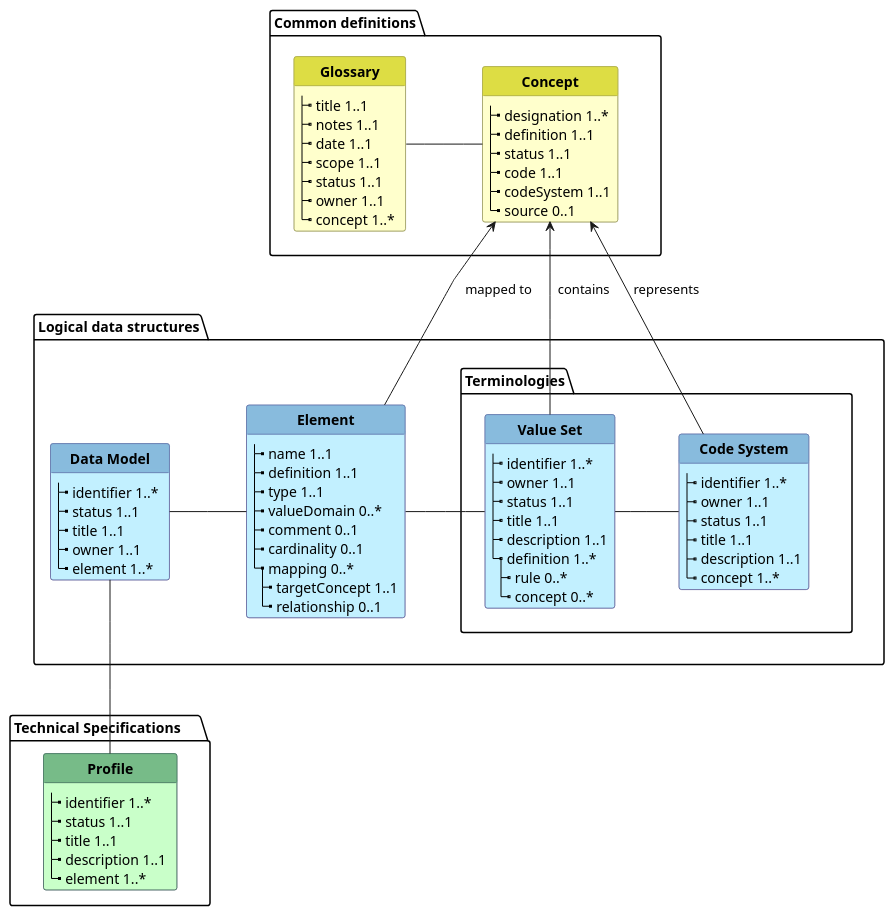
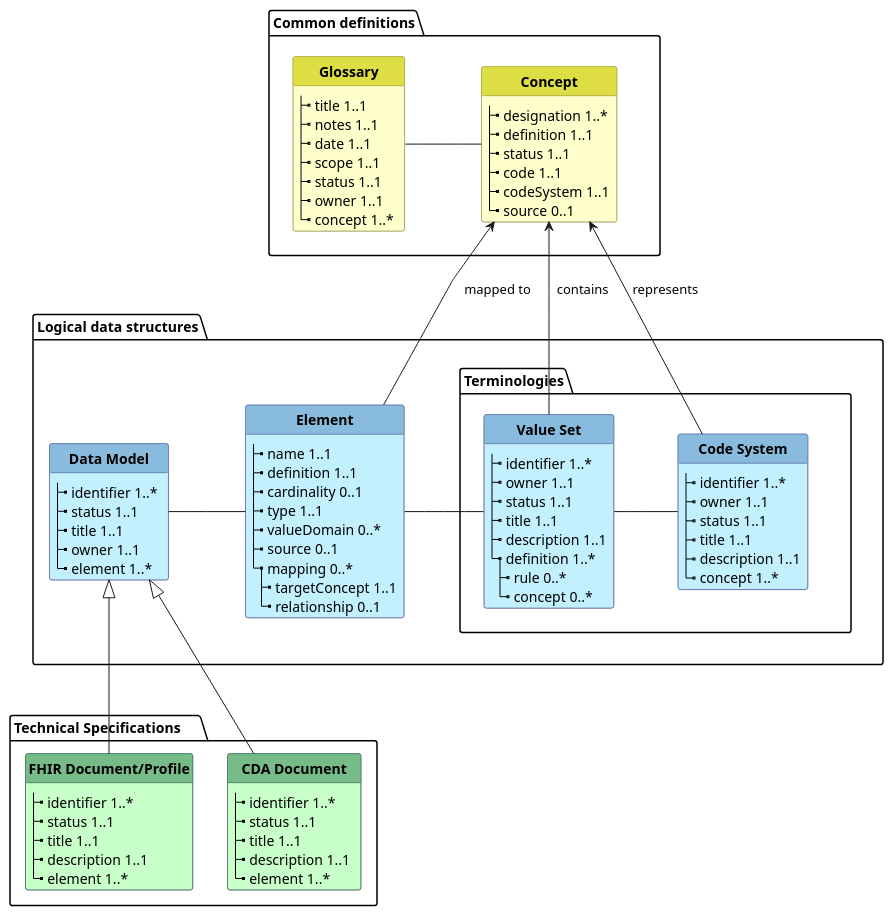
Before and after one commit to Xt-EHR/xt-ehr-metadata: the diagram in input/images-source/metadata.plantuml, drawn with PlantUML.

Commit message:
add cda as implementation

```diff
--- a/input/images-source/metadata.plantuml
+++ b/input/images-source/metadata.plantuml
@@ -1,127 +1,139 @@
 @startuml
 
 'skinparam linetype ortho
 skinparam linetype polyline
 hide circle
 hide stereotype
 hide methods
 
 '!pragma layout smetana
 
 skinparam class<<MD>> {
  BorderColor DarkSlateGray
  BackgroundColor TECHNOLOGY
  HeaderBackgroundColor #7b8
 }
 
 skinparam class<<BU>> {
  BorderColor #909050
  BackgroundColor BUSINESS
  HeaderBackgroundColor #dd4
 }
 
 skinparam class<<TM>> {
  BorderColor #505090
  BackgroundColor APPLICATION
  HeaderBackgroundColor #8bd
 }
 
 
 Package "Common definitions" as glossary {
 
 class "**Glossary**" as G<<BU>> {
   |_ title 1..1
   |_ notes 1..1   
   |_ date 1..1
   |_ scope 1..1
   |_ status 1..1
   |_ owner 1..1
   |_ concept 1..*   
 }
 
 
 class "**Concept**" as C<<BU>> {
   |_ designation 1..*
   |_ definition 1..1
   |_ status 1..1
   |_ code 1..1 
   |_ codeSystem 1..1  
   |_ source 0..1    
 }
 
 }
 
 Package "Logical data structures" as logical {
 class "**Data Model**" as LM<<TM>> {
   |_ identifier 1..*   
   |_ status 1..1
   |_ title 1..1
   |_ owner 1..1
   |_ element 1..*
 }
 
 
 class "**Element**" as EL<<TM>> {
   |_ name 1..1
   |_ definition 1..1
+  |_ cardinality 0..1
   |_ type 1..1
   |_ valueDomain 0..*
-  |_ comment 0..1
-  |_ cardinality 0..1
+  |_ source 0..1
   |_ mapping 0..*
     |_ targetConcept 1..1  
     |_ relationship 0..1    
 }
 
 Package "Terminologies" as term {
 class "**Value Set**" as VS<<TM>> {
   |_ identifier 1..*   
   |_ owner 1..1   
   |_ status 1..1
   |_ title 1..1
   |_ description 1..1  
   |_ definition 1..*
     |_ rule 0..*
     |_ concept 0..*
 }
 
 class "**Code System**" as CS<<TM>> {
   |_ identifier 1..*   
   |_ owner 1..1   
   |_ status 1..1
   |_ title 1..1
   |_ description 1..1  
   |_ concept 1..*
 }
 }
 }
 
 Package "Technical Specifications     " as Profiles {
-class "**Profile**" as PR<<MD>> {
+class "**FHIR Document/Profile**" as PR<<MD>> {
+  |_ identifier 1..*   
+  |_ status 1..1
+  |_ title 1..1
+  |_ description 1..1   
+  |_ element 1..*
+}
+
+class "**CDA Document**" as CDA<<MD>> {
   |_ identifier 1..*   
   |_ status 1..1
   |_ title 1..1
   |_ description 1..1   
   |_ element 1..*
 }
 
 }
 
 
 
 G -r- C:  "            "  
 C <-r- CS: " represents " 
 C <-d- VS: "  contains "  
 C <-d- EL:  "   mapped to   "  
 
 LM -r- EL:  "            "  
 EL-r- VS: "             "
 VS -r- CS: "        "
-LM-d- PR: "      "
+LM <|-d- PR: "      "
+LM <|-- CDA: "                      "
 
 LM -u[hidden]- G: "      "
+
+PR -r[hidden]- CDA
+EL -d[hidden]- CDA
 
 
 glossary -d[hidden]- term
 
 @enduml
```
